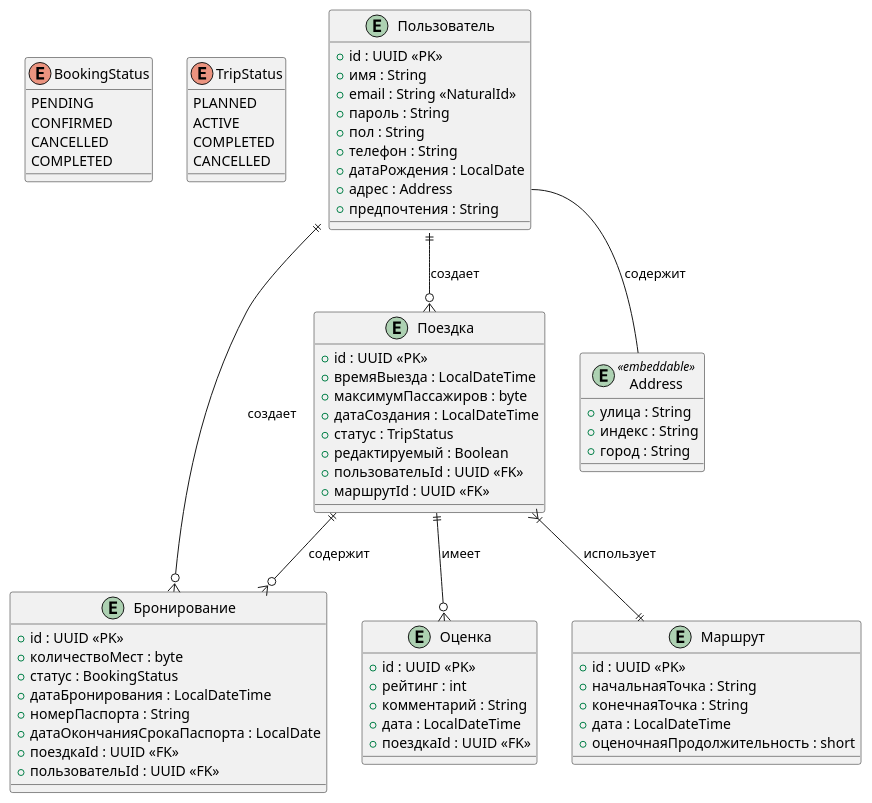
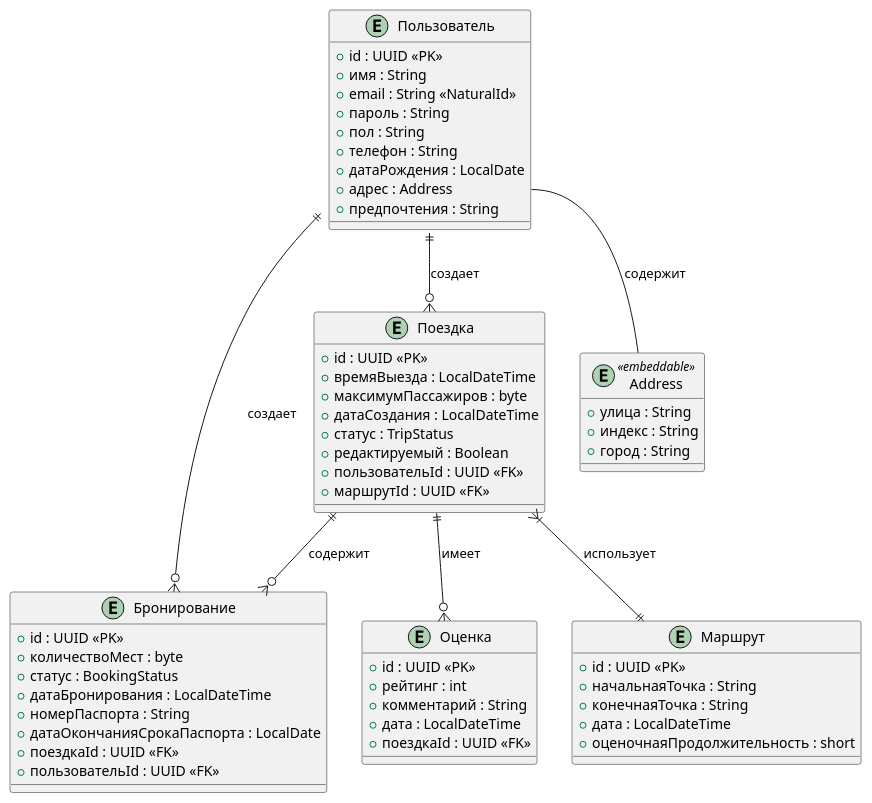
Before and after one commit to BUka228/CarPooling: the diagram in UML/DataBase.puml, drawn with PlantUML. The commit also changed 3 other files, not shown here.

```diff
--- a/UML/DataBase.puml
+++ b/UML/DataBase.puml
@@ -1,86 +1,72 @@
 @startuml
-' Определение Enum (не отображаются как таблицы, но полезны для типов)
-enum BookingStatus {
-  PENDING
-  CONFIRMED
-  CANCELLED
-  COMPLETED
-}
-
-enum TripStatus {
-  PLANNED
-  ACTIVE
-  COMPLETED
-  CANCELLED
-}
 
 entity Пользователь {
   +id : UUID <<PK>>
   +имя : String
   +email : String <<NaturalId>>
   +пароль : String
   +пол : String
   +телефон : String
   +датаРождения : LocalDate
   +адрес : Address
   +предпочтения : String
   ' version : Long  -- Убрано
 }
 
 entity Поездка {
   +id : UUID <<PK>>
   +времяВыезда : LocalDateTime
   +максимумПассажиров : byte
   +датаСоздания : LocalDateTime
   +статус : TripStatus
   +редактируемый : Boolean
   +пользовательId : UUID <<FK>>
   +маршрутId : UUID <<FK>>
   ' version : Long -- Убрано
 }
 
 entity Маршрут {
   +id : UUID <<PK>>
   +начальнаяТочка : String
   +конечнаяТочка : String
   +дата : LocalDateTime
   +оценочнаяПродолжительность : short
   ' version : Long -- Убрано
 }
 
 entity Бронирование {
   +id : UUID <<PK>>
   +количествоМест : byte
   +статус : BookingStatus
   +датаБронирования : LocalDateTime
   +номерПаспорта : String
   +датаОкончанияСрокаПаспорта : LocalDate
   +поездкаId : UUID <<FK>>
   +пользовательId : UUID <<FK>>
   ' version : Long -- Убрано
 }
 
 entity Оценка {
   +id : UUID <<PK>>
   +рейтинг : int
   +комментарий : String
   +дата : LocalDateTime
   +поездкаId : UUID <<FK>>
   ' version : Long -- Убрано
 }
 
 ' Определение встраиваемого типа Address (не отдельная таблица)
 entity Address <<embeddable>> {
     +улица : String
     +индекс : String
     +город : String
 }
 
 Пользователь ||--o{ Поездка : создает
 Поездка ||--o{ Бронирование : содержит
 Поездка ||--o{ Оценка : имеет
 Поездка }|--|| Маршрут : использует
 Пользователь ||--o{ Бронирование : создает
 Пользователь::адрес -- Address : содержит
 
 @enduml
```
